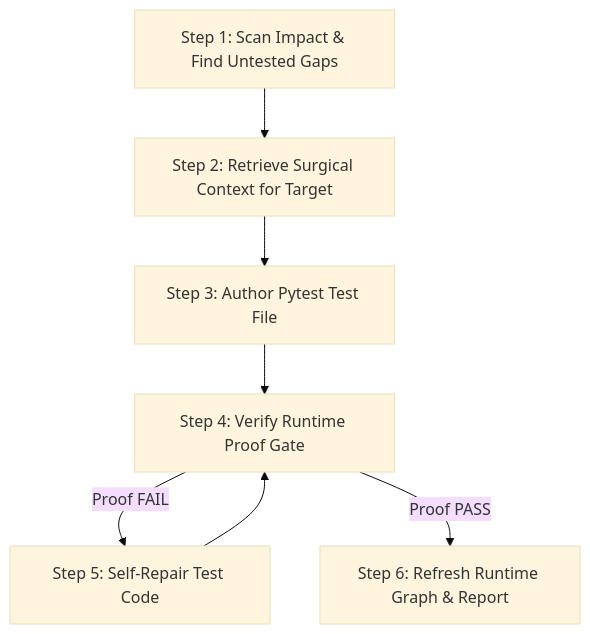
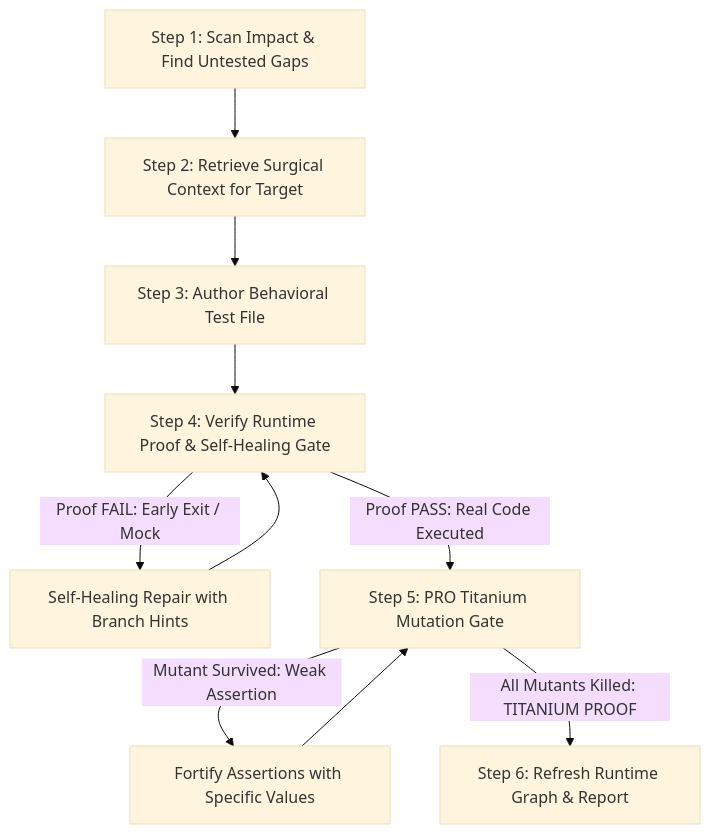
Before and after one commit to minhquang0407/proven: the diagram in skills/softgnn-advisor/SKILL.md, drawn with Mermaid (base theme). The commit also changed other lines of this file and 1 other file, not shown here.

Commit message:
docs(skill): bump to v1.0.0 PRO, standardize 6-step workflow, and mandate mutation proof gate

````diff
--- a/skills/softgnn-advisor/SKILL.md
+++ b/skills/softgnn-advisor/SKILL.md
@@ -38,9 +40,12 @@
 ```mermaid
 flowchart TD
     A[Step 1: Scan Impact & Find Untested Gaps] --> B[Step 2: Retrieve Surgical Context for Target]
-    B --> C[Step 3: Author Pytest Test File]
-    C --> D[Step 4: Verify Runtime Proof Gate]
-    D -->|Proof FAIL| E[Step 5: Self-Repair Test Code]
-    E --> D
-    D -->|Proof PASS| F[Step 6: Refresh Runtime Graph & Report]
+    B --> C[Step 3: Author Behavioral Test File]
+    C --> D[Step 4: Verify Runtime Proof & Self-Healing Gate]
+    D -->|Proof FAIL: Early Exit / Mock| Repair1[Self-Healing Repair with Branch Hints]
+    Repair1 --> D
+    D -->|Proof PASS: Real Code Executed| E[Step 5: PRO Titanium Mutation Gate]
+    E -->|Mutant Survived: Weak Assertion| Repair2[Fortify Assertions with Specific Values]
+    Repair2 --> E
+    E -->|All Mutants Killed: TITANIUM PROOF| F[Step 6: Refresh Runtime Graph & Report]
 ```
````
